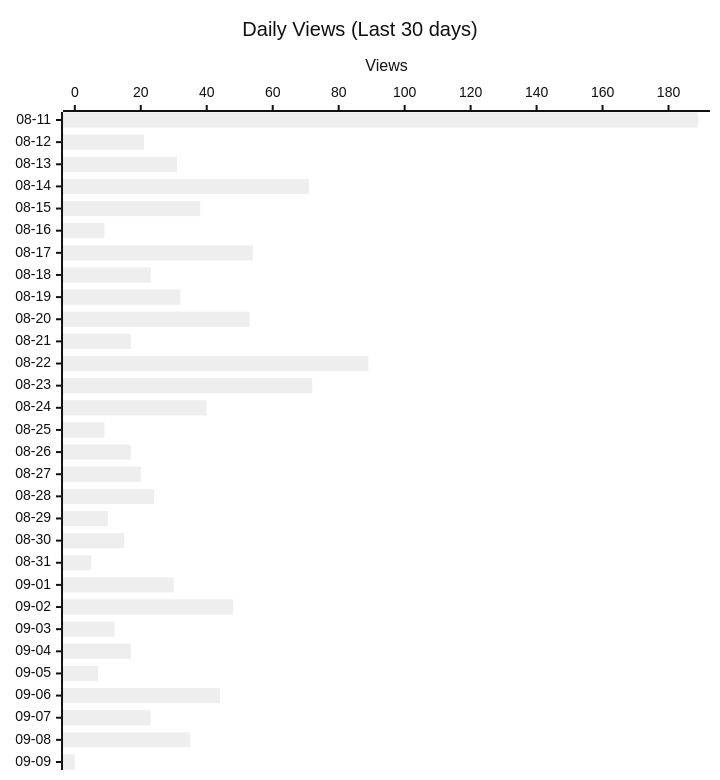
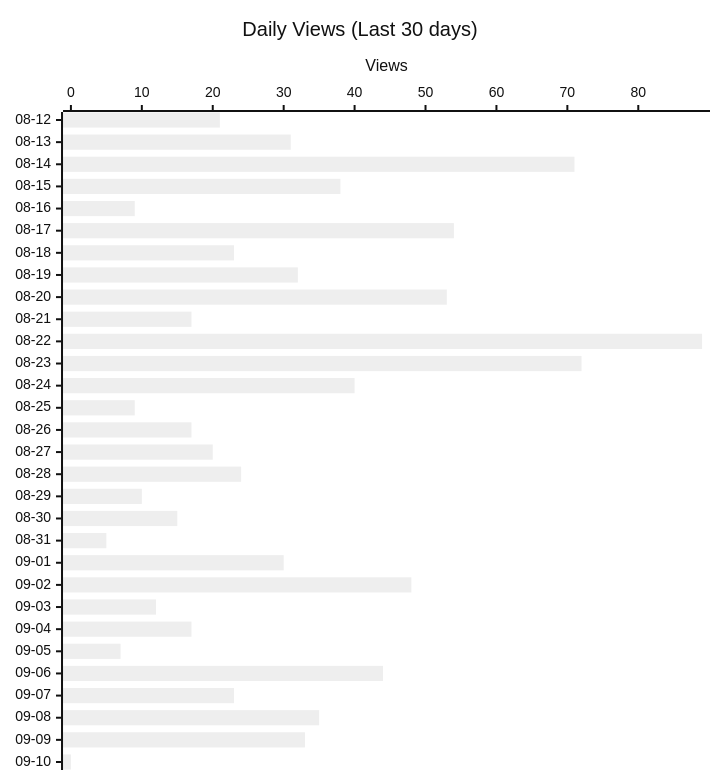
The second of 4 diagrams in README.md (shigechika/github-insights), drawn with Mermaid (neutral theme) before and after one commit. The commit also changed other lines of this file and 2 other files, not shown here.

````diff
--- a/README.md
+++ b/README.md
@@ -28,12 +28,12 @@
 ```mermaid
 ---
 config:
   xyChart:
     height: 760
 ---
 xychart-beta horizontal
     title "Daily Views (Last 30 days)"
-    x-axis ["08-11", "08-12", "08-13", "08-14", "08-15", "08-16", "08-17", "08-18", "08-19", "08-20", "08-21", "08-22", "08-23", "08-24", "08-25", "08-26", "08-27", "08-28", "08-29", "08-30", "08-31", "09-01", "09-02", "09-03", "09-04", "09-05", "09-06", "09-07", "09-08", "09-09"]
+    x-axis ["08-12", "08-13", "08-14", "08-15", "08-16", "08-17", "08-18", "08-19", "08-20", "08-21", "08-22", "08-23", "08-24", "08-25", "08-26", "08-27", "08-28", "08-29", "08-30", "08-31", "09-01", "09-02", "09-03", "09-04", "09-05", "09-06", "09-07", "09-08", "09-09", "09-10"]
     y-axis "Views"
-    bar [189, 21, 31, 71, 38, 9, 54, 23, 32, 53, 17, 89, 72, 40, 9, 17, 20, 24, 10, 15, 5, 30, 48, 12, 17, 7, 44, 23, 35, 0]
+    bar [21, 31, 71, 38, 9, 54, 23, 32, 53, 17, 89, 72, 40, 9, 17, 20, 24, 10, 15, 5, 30, 48, 12, 17, 7, 44, 23, 35, 33, 0]
 ```
````
